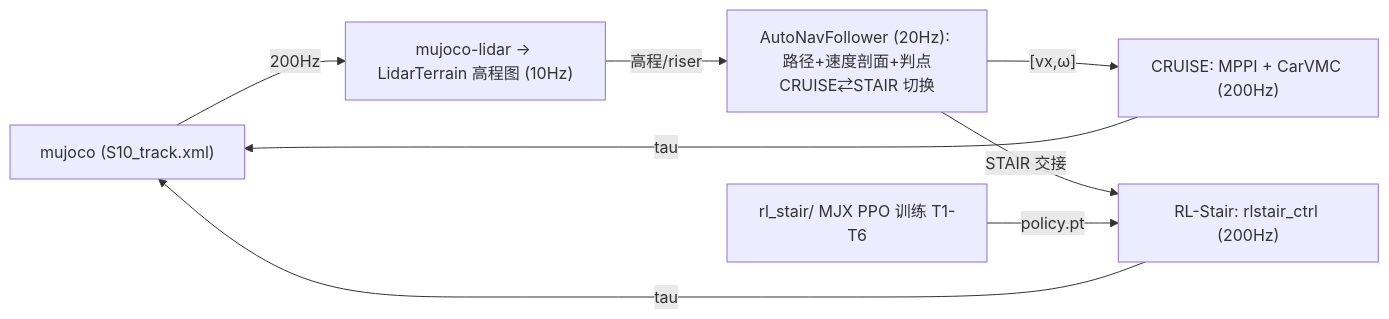
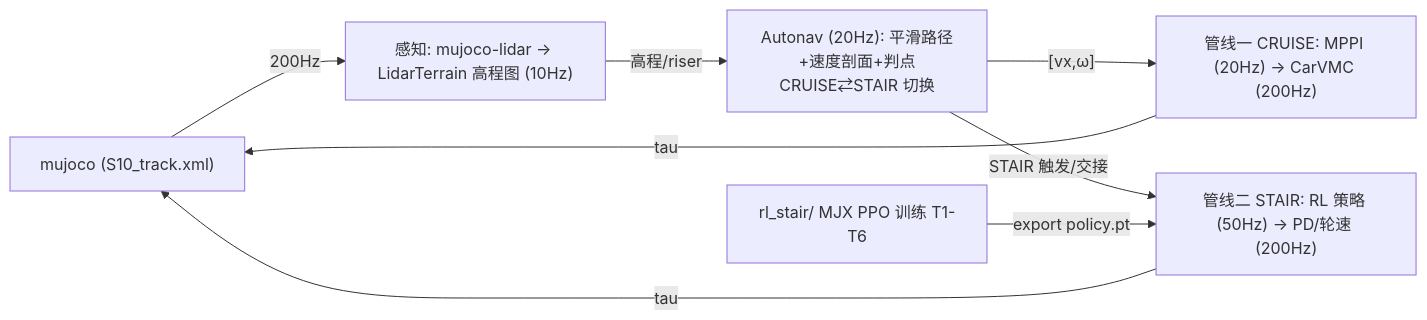
Before and after one commit to wangfanxin/deeprobot_competition: the diagram in README.md, drawn with Mermaid. The commit also changed other lines of this file, not shown here.

First line of the commit message:
docs(readme): restructure as full dual-pipeline narrative (pipeline-1 Autonav-MPPI-CarVMC + pipeline-2 Autonav-RL)

````diff
--- a/README.md
+++ b/README.md
@@ -19,10 +22,10 @@
 ```mermaid
 graph LR
-    S["mujoco (S10_track.xml)"] -->|"200Hz"| P["mujoco-lidar → LidarTerrain 高程图 (10Hz)"]
-    P -->|"高程/riser"| N["AutoNavFollower (20Hz): 路径+速度剖面+判点<br/>CRUISE⇄STAIR 切换"]
-    N -->|"[vx,ω]"| C["CRUISE: MPPI + CarVMC (200Hz)"]
-    N -->|"STAIR 交接"| R["RL-Stair: rlstair_ctrl (200Hz)"]
-    T["rl_stair/ MJX PPO 训练 T1-T6"] -->|"policy.pt"| R
+    S["mujoco (S10_track.xml)"] -->|"200Hz"| P["感知: mujoco-lidar → LidarTerrain 高程图 (10Hz)"]
+    P -->|"高程/riser"| N["Autonav (20Hz): 平滑路径+速度剖面+判点<br/>CRUISE⇄STAIR 切换"]
+    N -->|"[vx,ω]"| C["管线一 CRUISE: MPPI (20Hz) → CarVMC (200Hz)"]
+    N -->|"STAIR 触发/交接"| R["管线二 STAIR: RL 策略 (50Hz) → PD/轮速 (200Hz)"]
+    T["rl_stair/ MJX PPO 训练 T1-T6"] -->|"export policy.pt"| R
     C -->|"tau"| S
     R -->|"tau"| S
 ```
````
